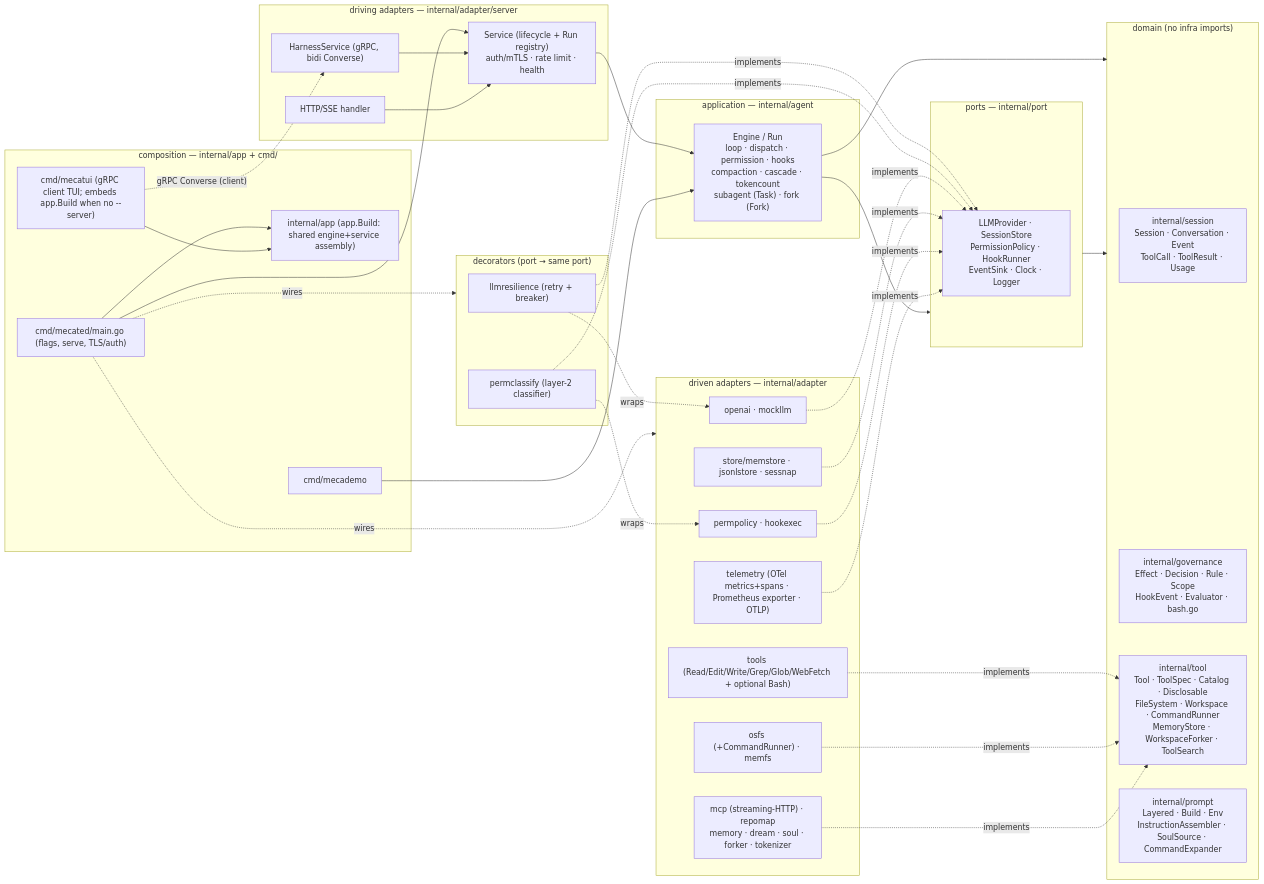
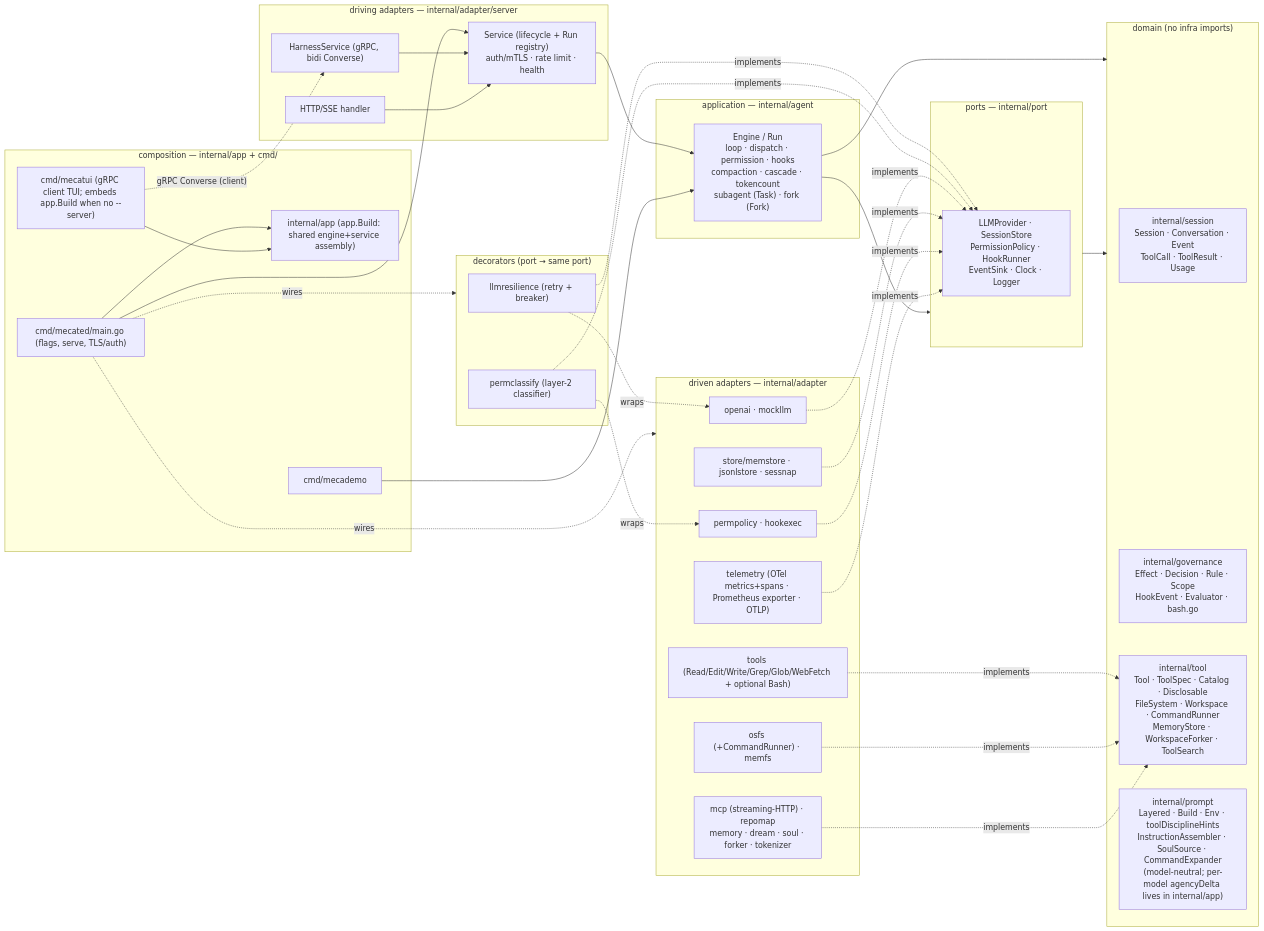
The first of 4 diagrams in docs/architecture.md (sabbanis/mecatl), drawn with Mermaid before and after one commit. The commit also changed 13 other files, not shown here.

````diff
--- a/docs/architecture.md
+++ b/docs/architecture.md
@@ -41,69 +41,69 @@
 ```mermaid
 flowchart LR
   subgraph CMD["composition — internal/app + cmd/"]
     app["internal/app (app.Build: shared engine+service assembly)"]
     mecated["cmd/mecated/main.go (flags, serve, TLS/auth)"]
     demo["cmd/mecademo"]
     tui["cmd/mecatui (gRPC client TUI; embeds app.Build when no --server)"]
     mecated --> app
     tui --> app
   end
 
   subgraph DRIVING["driving adapters — internal/adapter/server"]
     grpc["HarnessService (gRPC, bidi Converse)"]
     http["HTTP/SSE handler"]
     svc["Service (lifecycle + Run registry)\nauth/mTLS · rate limit · health"]
   end
 
   subgraph APP["application — internal/agent"]
     engine["Engine / Run\nloop · dispatch · permission · hooks\ncompaction · cascade · tokencount\nsubagent (Task) · fork (Fork)"]
   end
 
   subgraph PORTS["ports — internal/port"]
     p["LLMProvider · SessionStore\nPermissionPolicy · HookRunner\nEventSink · Clock · Logger"]
   end
 
   subgraph DOMAIN["domain (no infra imports)"]
     sess["internal/session\nSession · Conversation · Event\nToolCall · ToolResult · Usage"]
     gov["internal/governance\nEffect · Decision · Rule · Scope\nHookEvent · Evaluator · bash.go"]
     tl["internal/tool\nTool · ToolSpec · Catalog · Disclosable\nFileSystem · Workspace · CommandRunner\nMemoryStore · WorkspaceForker · ToolSearch"]
-    pr["internal/prompt\nLayered · Build · Env\nInstructionAssembler · SoulSource · CommandExpander"]
+    pr["internal/prompt\nLayered · Build · Env · toolDisciplineHints\nInstructionAssembler · SoulSource · CommandExpander\n(model-neutral; per-model agencyDelta lives in internal/app)"]
   end
 
   subgraph DECOR["decorators (port → same port)"]
     res["llmresilience (retry + breaker)"]
     pc["permclassify (layer-2 classifier)"]
   end
 
   subgraph DRIVEN["driven adapters — internal/adapter"]
     oai["openai · mockllm"]
     fs["osfs (+CommandRunner) · memfs"]
     st["store/memstore · jsonlstore · sessnap"]
     tools["tools (Read/Edit/Write/Grep/Glob/WebFetch + optional Bash)"]
     pp["permpolicy · hookexec"]
     tel["telemetry (OTel metrics+spans · Prometheus exporter · OTLP)"]
     ext["mcp (streaming-HTTP) · repomap\nmemory · dream · soul · forker · tokenizer"]
   end
 
   mecated --> svc --> engine
   demo --> engine
   tui -. "gRPC Converse (client)" .-> grpc
   grpc --> svc
   http --> svc
   engine --> PORTS
   engine --> DOMAIN
   PORTS --> DOMAIN
   res -.wraps.-> oai
   res -.implements.-> p
   pc -.wraps.-> pp
   pc -.implements.-> p
   oai -.implements.-> p
   st -.implements.-> p
   pp -.implements.-> p
   tel -.implements.-> p
   tools -.implements.-> tl
   fs -.implements.-> tl
   ext -.implements.-> tl
   mecated -. wires .-> DRIVEN
   mecated -. wires .-> DECOR
 ```
````
